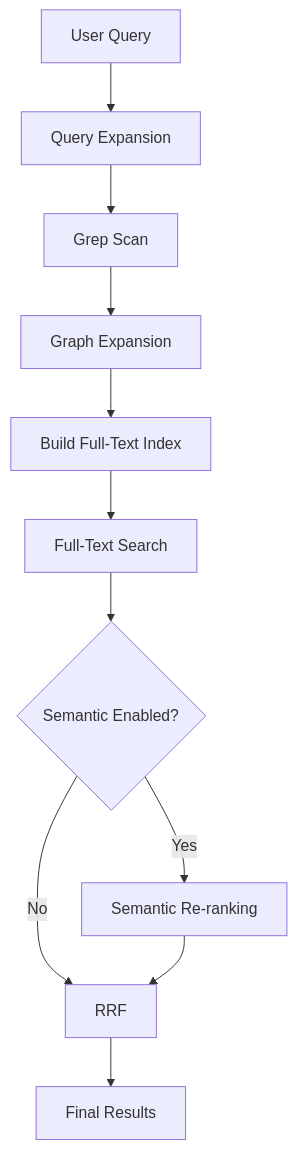
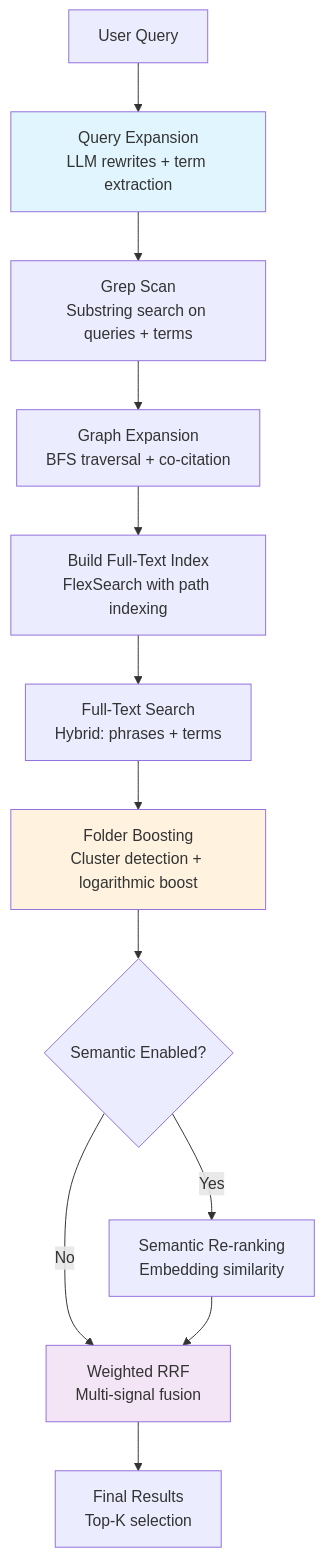
One commit to logancyang/obsidian-copilot changed the first of 2 diagrams in src/search/v3/README.md. Above: the diagram before and after it, drawn with Mermaid. The commit also changed other lines of this file and 3 other files, not shown here.

Commit message:
feat: Enhance FullTextEngine to index frontmatter property values and improve search scoring

````diff
--- a/src/search/v3/README.md
+++ b/src/search/v3/README.md
@@ -85,13 +89,18 @@
 ```mermaid
 graph TD
-    A[User Query] --> B[Query Expansion]
-    B --> C[Grep Scan]
-    C --> D[Graph Expansion]
-    D --> E[Build Full-Text Index]
-    E --> F[Full-Text Search]
-    F --> G{Semantic Enabled?}
-    G -->|Yes| H[Semantic Re-ranking]
-    G -->|No| I[RRF]
+    A[User Query] --> B[Query Expansion<br/>LLM rewrites + term extraction]
+    B --> C[Grep Scan<br/>Substring search on queries + terms]
+    C --> D[Graph Expansion<br/>BFS traversal + co-citation]
+    D --> E[Build Full-Text Index<br/>FlexSearch with path indexing]
+    E --> F[Full-Text Search<br/>Hybrid: phrases + terms]
+    F --> FB[Folder Boosting<br/>Cluster detection + logarithmic boost]
+    FB --> G{Semantic Enabled?}
+    G -->|Yes| H[Semantic Re-ranking<br/>Embedding similarity]
+    G -->|No| I[Weighted RRF<br/>Multi-signal fusion]
     H --> I
-    I --> J[Final Results]
+    I --> J[Final Results<br/>Top-K selection]
+
+    style B fill:#e1f5fe
+    style FB fill:#fff3e0
+    style I fill:#f3e5f5
 ```
````
